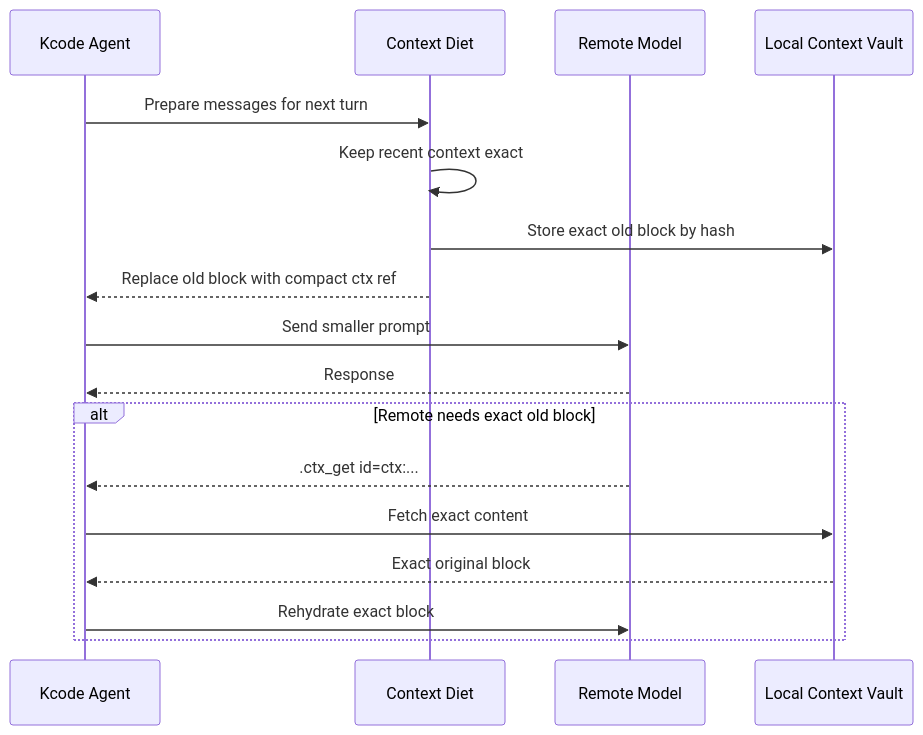
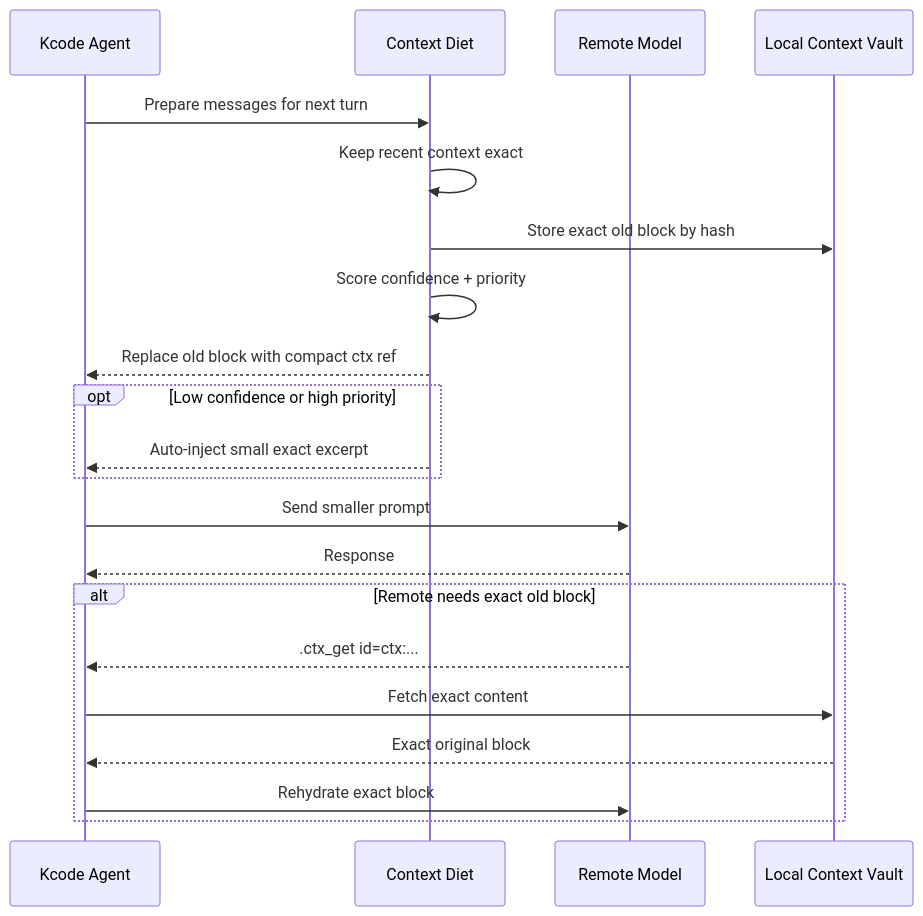
The fourth of 13 diagrams in ABOUT.md (icedmoca/neura), drawn with Mermaid before and after one commit. The commit also changed 4 other files, not shown here.

````diff
--- a/ABOUT.md
+++ b/ABOUT.md
@@ -112,20 +112,24 @@
 ```mermaid
 sequenceDiagram
     participant A as Kcode Agent
     participant D as Context Diet
     participant R as Remote Model
     participant V as Local Context Vault
 
     A->>D: Prepare messages for next turn
     D->>D: Keep recent context exact
     D->>V: Store exact old block by hash
+    D->>D: Score confidence + priority
     D-->>A: Replace old block with compact ctx ref
+    opt Low confidence or high priority
+        D-->>A: Auto-inject small exact excerpt
+    end
     A->>R: Send smaller prompt
     R-->>A: Response
     alt Remote needs exact old block
         R-->>A: .ctx_get id=ctx:...
         A->>V: Fetch exact content
         V-->>A: Exact original block
         A->>R: Rehydrate exact block
     end
 ```
````
